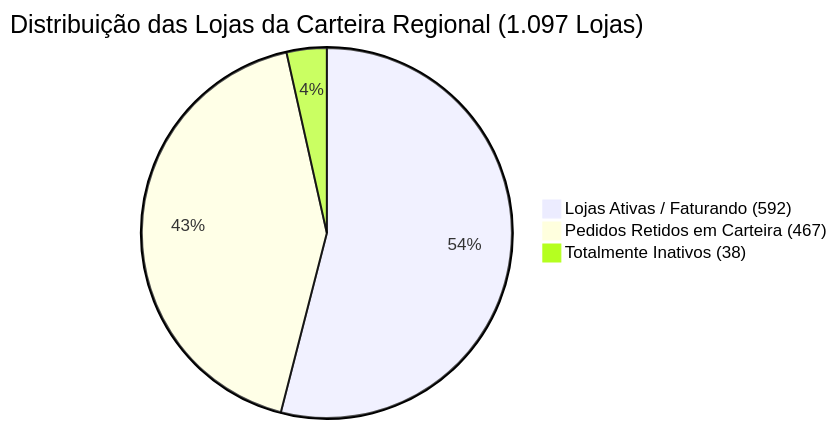
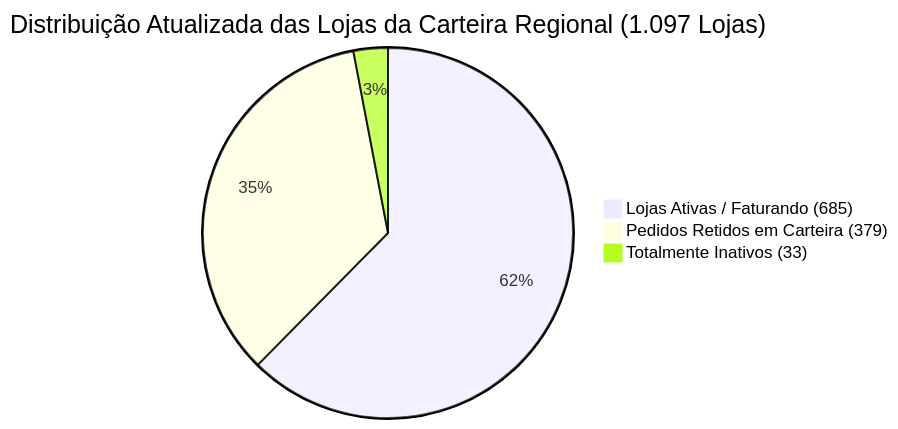
Before and after one commit to cabralnetto26-ship-it/Acompanhamento-Outubro: the second of 2 diagrams in ANALISE_SETORES_COTA_MDTR_OUTUBRO2026.md, drawn with Mermaid. The commit also changed other lines of this file and 4 other files, not shown here.

````diff
--- a/ANALISE_SETORES_COTA_MDTR_OUTUBRO2026.md
+++ b/ANALISE_SETORES_COTA_MDTR_OUTUBRO2026.md
@@ -107,6 +109,6 @@
 ```mermaid
-pie title Distribuição das Lojas da Carteira Regional (1.097 Lojas)
-    "Lojas Ativas / Faturando (592)" : 54.0
-    "Pedidos Retidos em Carteira (467)" : 42.5
-    "Totalmente Inativos (38)" : 3.5
+pie title Distribuição Atualizada das Lojas da Carteira Regional (1.097 Lojas)
+    "Lojas Ativas / Faturando (685)" : 62.4
+    "Pedidos Retidos em Carteira (379)" : 34.6
+    "Totalmente Inativos (33)" : 3.0
 ```
````
